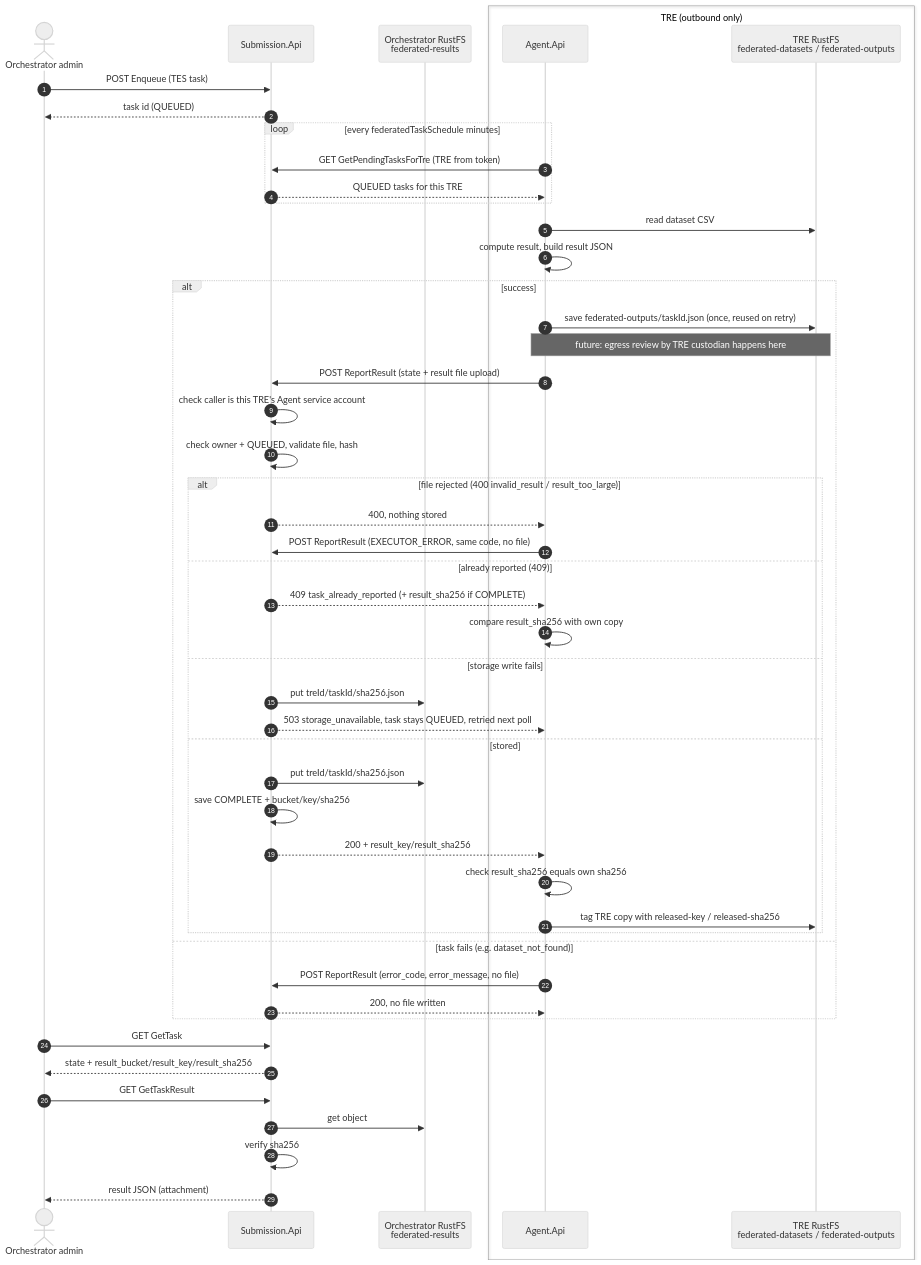
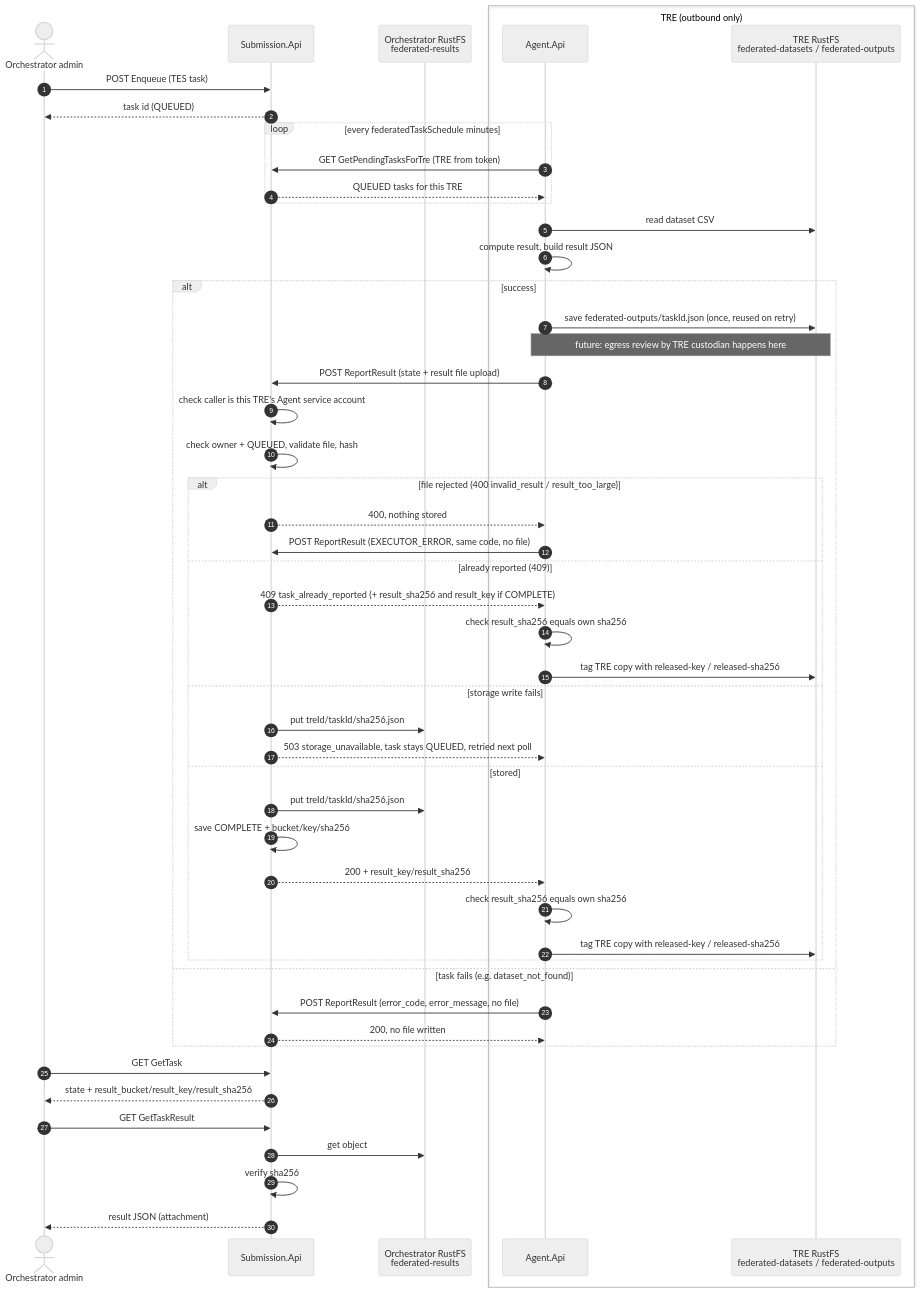
One commit to promptlylabs/federated-spe-tre-agent changed the diagram in docs/federated-tasks.md. Above: the diagram before and after it, drawn with Mermaid (neutral theme). The commit also changed other lines of this file and 2 other files, not shown here.

Commit message:
docs(federated): fix result_key examples, document the 409 body and orphan files

````diff
--- a/docs/federated-tasks.md
+++ b/docs/federated-tasks.md
@@ -24,52 +24,53 @@
 ```mermaid
 sequenceDiagram
     autonumber
     actor Admin as Orchestrator admin
     participant Sub as Submission.Api
     participant OS as Orchestrator RustFS<br/>federated-results
     box TRE (outbound only)
         participant Agent as Agent.Api
         participant TS as TRE RustFS<br/>federated-datasets / federated-outputs
     end
 
     Admin->>Sub: POST Enqueue (TES task)
     Sub-->>Admin: task id (QUEUED)
     loop every federatedTaskSchedule minutes
         Agent->>Sub: GET GetPendingTasksForTre (TRE from token)
         Sub-->>Agent: QUEUED tasks for this TRE
     end
     Agent->>TS: read dataset CSV
     Agent->>Agent: compute result, build result JSON
     alt success
         Agent->>TS: save federated-outputs/taskId.json (once, reused on retry)
         Note over Agent,TS: future: egress review by TRE custodian happens here
         Agent->>Sub: POST ReportResult (state + result file upload)
         Sub->>Sub: check caller is this TRE's Agent service account
         Sub->>Sub: check owner + QUEUED, validate file, hash
         alt file rejected (400 invalid_result / result_too_large)
             Sub-->>Agent: 400, nothing stored
             Agent->>Sub: POST ReportResult (EXECUTOR_ERROR, same code, no file)
         else already reported (409)
-            Sub-->>Agent: 409 task_already_reported (+ result_sha256 if COMPLETE)
-            Agent->>Agent: compare result_sha256 with own copy
+            Sub-->>Agent: 409 task_already_reported (+ result_sha256 and result_key if COMPLETE)
+            Agent->>Agent: check result_sha256 equals own sha256
+            Agent->>TS: tag TRE copy with released-key / released-sha256
         else storage write fails
             Sub->>OS: put treId/taskId/sha256.json
             Sub-->>Agent: 503 storage_unavailable, task stays QUEUED, retried next poll
         else stored
             Sub->>OS: put treId/taskId/sha256.json
             Sub->>Sub: save COMPLETE + bucket/key/sha256
             Sub-->>Agent: 200 + result_key/result_sha256
             Agent->>Agent: check result_sha256 equals own sha256
             Agent->>TS: tag TRE copy with released-key / released-sha256
         end
     else task fails (e.g. dataset_not_found)
         Agent->>Sub: POST ReportResult (error_code, error_message, no file)
         Sub-->>Agent: 200, no file written
     end
     Admin->>Sub: GET GetTask
     Sub-->>Admin: state + result_bucket/result_key/result_sha256
     Admin->>Sub: GET GetTaskResult
     Sub->>OS: get object
     Sub->>Sub: verify sha256
     Sub-->>Admin: result JSON (attachment)
 ```
````
